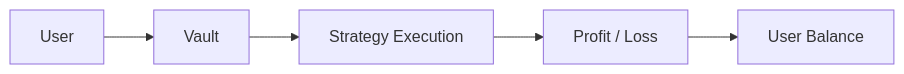
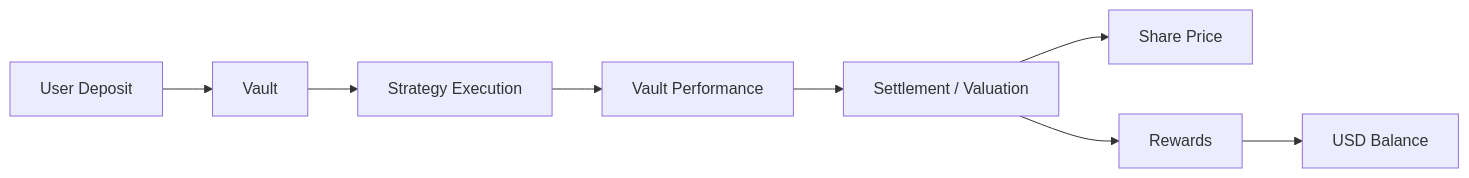
Before and after one commit to FOPEN2010/docs: the diagram in product/vaults.mdx, drawn with Mermaid. The commit also changed other lines of this file and 4 other files, not shown here.

````diff
--- a/product/vaults.mdx
+++ b/product/vaults.mdx
@@ -112,7 +253,10 @@
 ```mermaid
 flowchart LR
-    A[User] --> B[Vault]
+    A[User Deposit] --> B[Vault]
     B --> C[Strategy Execution]
-    C --> D[Profit / Loss]
-    D --> E[User Balance]
+    C --> D[Vault Performance]
+    D --> E[Settlement / Valuation]
+    E --> F[Share Price]
+    E --> G[Rewards]
+    G --> H[USD Balance]
 ```
````
